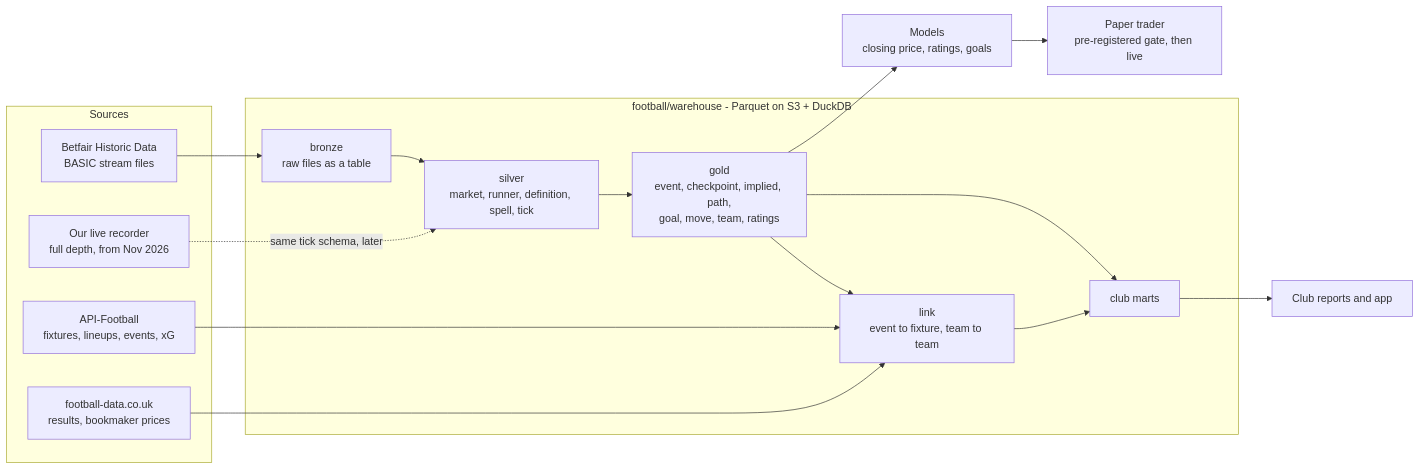
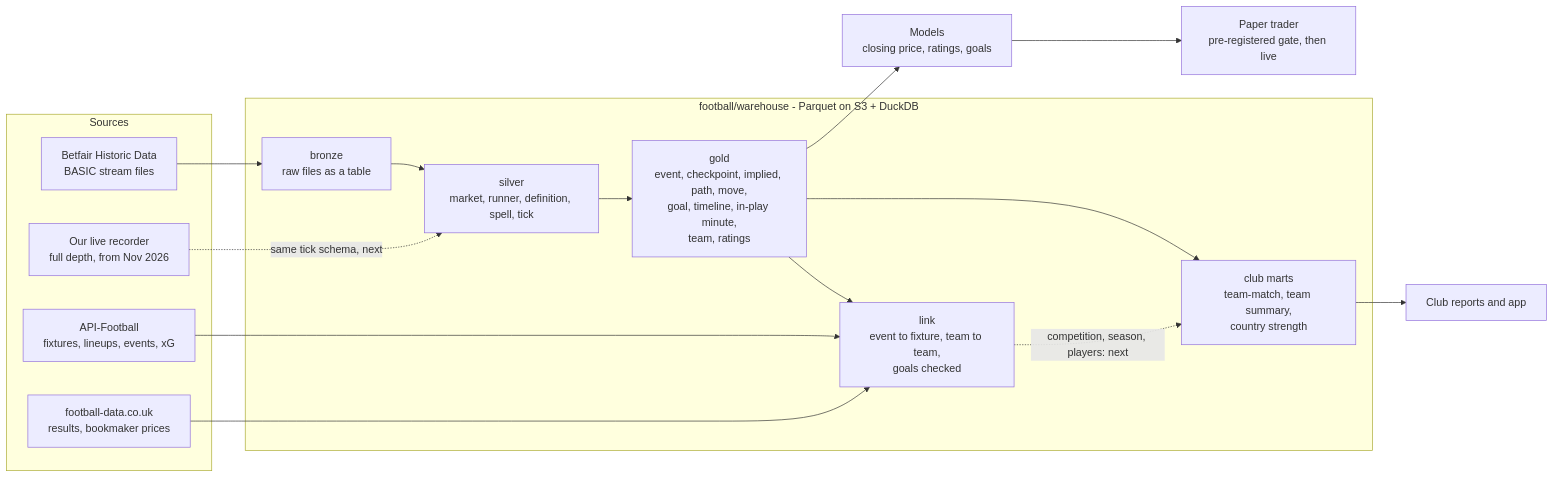
Before and after one commit to tomwilson41986/ashcroft: the diagram in docs/football_data_platform.md, drawn with Mermaid. The commit also changed other lines of this file and 3 other files, not shown here.

````diff
--- a/docs/football_data_platform.md
+++ b/docs/football_data_platform.md
@@ -37,26 +47,26 @@
 ```mermaid
 flowchart LR
   subgraph Sources
     B[Betfair Historic Data<br/>BASIC stream files]
     L[Our live recorder<br/>full depth, from Nov 2026]
     A[API-Football<br/>fixtures, lineups, events, xG]
     F[football-data.co.uk<br/>results, bookmaker prices]
   end
   subgraph Warehouse[football/warehouse - Parquet on S3 + DuckDB]
     BR[bronze<br/>raw files as a table]
     SI[silver<br/>market, runner, definition, spell, tick]
-    GO[gold<br/>event, checkpoint, implied, path,<br/>goal, move, team, ratings]
-    LK[link<br/>event to fixture, team to team]
-    CL[club marts]
+    GO[gold<br/>event, checkpoint, implied, path, move,<br/>goal, timeline, in-play minute,<br/>team, ratings]
+    LK[link<br/>event to fixture, team to team,<br/>goals checked]
+    CL[club marts<br/>team-match, team summary,<br/>country strength]
   end
   B --> BR --> SI --> GO
   A --> LK
   F --> LK
   GO --> LK
   GO --> CL
-  LK --> CL
+  LK -. competition, season, players: next .-> CL
   GO --> M[Models<br/>closing price, ratings, goals]
   M --> T[Paper trader<br/>pre-registered gate, then live]
   CL --> R[Club reports and app]
-  L -. same tick schema, later .-> SI
+  L -. same tick schema, next .-> SI
 ```
````
